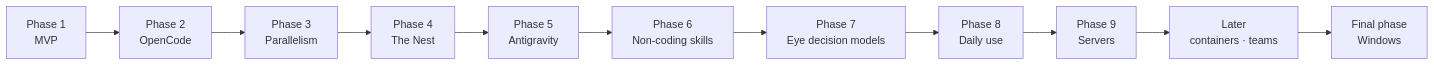
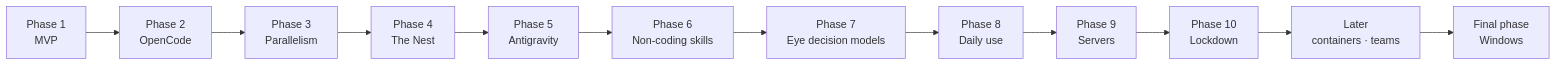
One commit to ABakdi/Oraknid changed the diagram in docs/03-Planning/Roadmap.md. Above: the diagram before and after it, drawn with Mermaid. The commit also changed other lines of this file and 9 other files, not shown here.

Commit message:
docs: Phase 10, Lockdown: a PIN on every device, Audit 2, settings in tabs

````diff
--- a/docs/03-Planning/Roadmap.md
+++ b/docs/03-Planning/Roadmap.md
@@ -7,13 +7,14 @@
 ```mermaid
 flowchart LR
     P1[Phase 1<br/>MVP] --> P2[Phase 2<br/>OpenCode]
     P2 --> P3[Phase 3<br/>Parallelism]
     P3 --> P4[Phase 4<br/>The Nest]
     P4 --> P5[Phase 5<br/>Antigravity]
     P5 --> P6[Phase 6<br/>Non-coding skills]
     P6 --> P7[Phase 7<br/>Eye decision models]
     P7 --> P8[Phase 8<br/>Daily use]
     P8 --> P9[Phase 9<br/>Servers]
-    P9 --> L[Later<br/>containers · teams]
+    P9 --> P10[Phase 10<br/>Lockdown]
+    P10 --> L[Later<br/>containers · teams]
     L --> W[Final phase<br/>Windows]
 ```
````
